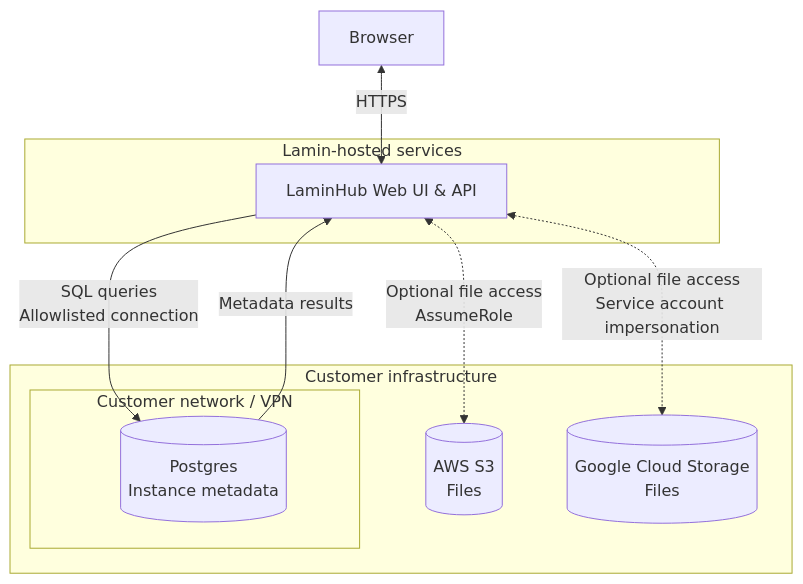
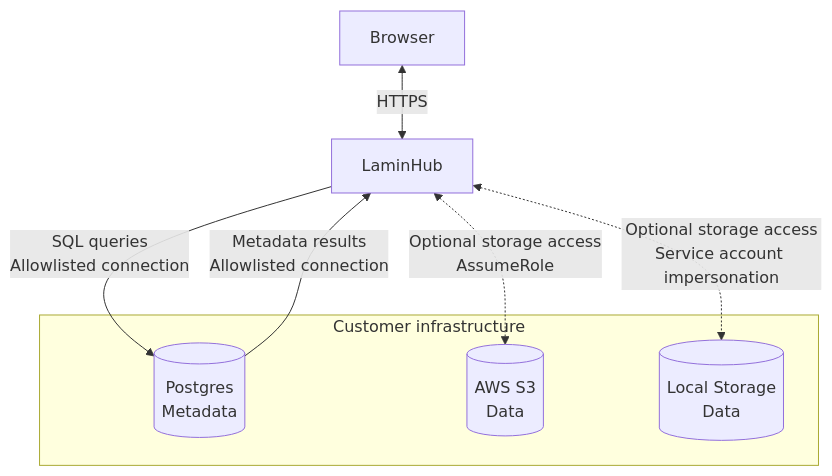
The diagram in docs/security.md (laminlabs/lamin-docs), drawn with Mermaid before and after one commit. The commit also changed other lines of this file, not shown here.

Commit message:
♻️ Refactor

````diff
--- a/docs/security.md
+++ b/docs/security.md
@@ -25,22 +31,19 @@
 ```{mermaid}
 flowchart TB
     browser["Browser"]
 
-    subgraph lamin["Lamin-hosted services"]
-        hub["LaminHub Web UI & API"]
-    end
+    hub["LaminHub"]
 
     subgraph customer["Customer infrastructure"]
-        subgraph network["Customer network / VPN"]
-            db[("Postgres<br/>Instance metadata")]
-        end
-        s3[("AWS S3<br/>Files")]
-        gcs[("Google Cloud Storage<br/>Files")]
+        db[("Postgres<br/>Metadata")]
+        s3[("AWS S3<br/>Data")]
+        gcs[("Google Cloud Storage<br/>Data")]
+        gcs[("Local Storage<br/>Data")]
     end
 
     browser <-->|"HTTPS"| hub
     hub -->|"SQL queries<br/>Allowlisted connection"| db
-    db -->|"Metadata results"| hub
-    hub <-.->|"Optional file access<br/>AssumeRole"| s3
-    hub <-.->|"Optional file access<br/>Service account impersonation"| gcs
+    db -->|"Metadata results<br/>Allowlisted connection"| hub
+    hub <-.->|"Optional storage access<br/>AssumeRole"| s3
+    hub <-.->|"Optional storage access<br/>Service account impersonation"| gcs
 ```
````
